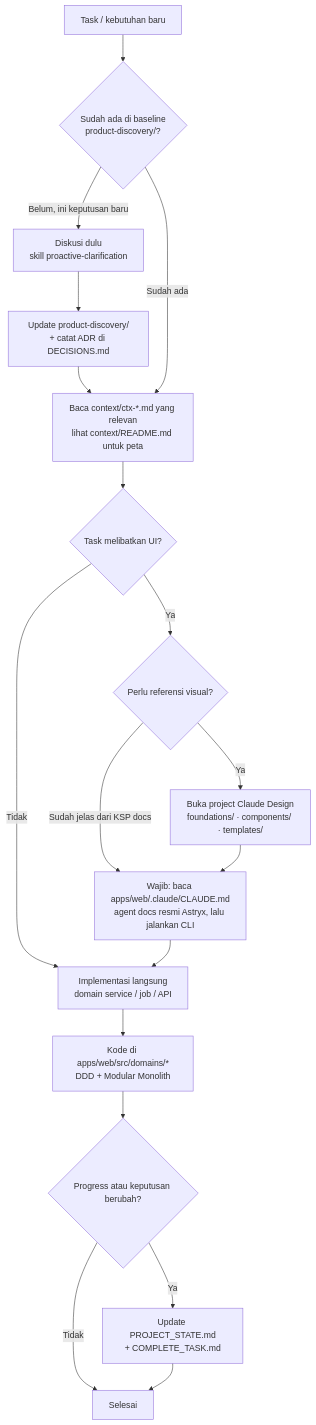
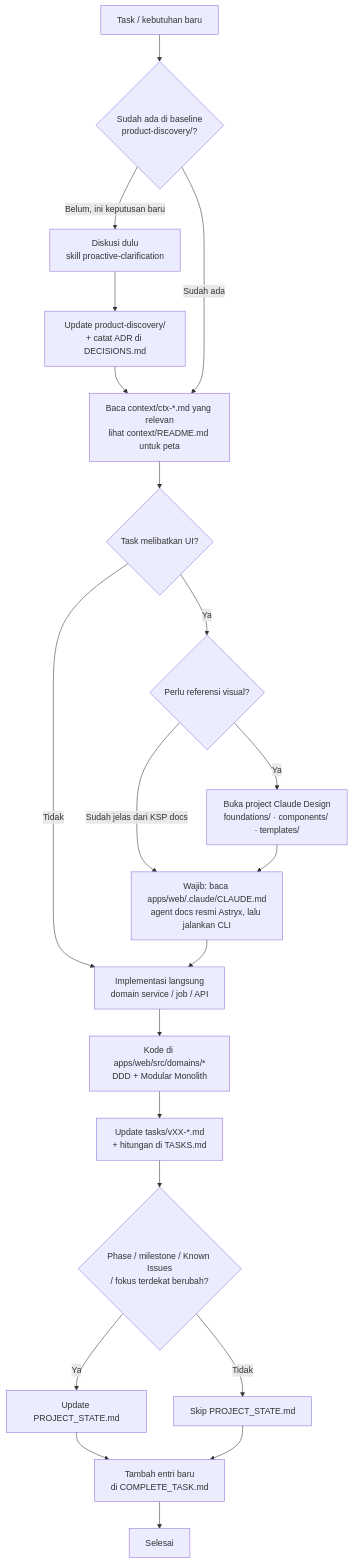
One commit to reziSaktiva/social-media-management changed the first of 3 diagrams in project-manager/DEVELOPER_WORKFLOW.md. Above: the diagram before and after it, drawn with Mermaid. The commit also changed other lines of this file and 13 other files, not shown here.

````diff
--- a/project-manager/DEVELOPER_WORKFLOW.md
+++ b/project-manager/DEVELOPER_WORKFLOW.md
@@ -21,24 +21,27 @@
 ```mermaid
 flowchart TD
   A[Task / kebutuhan baru] --> B{Sudah ada di baseline<br/>product-discovery/?}
 
   B -->|Belum, ini keputusan baru| C[Diskusi dulu<br/>skill proactive-clarification]
   C --> D[Update product-discovery/<br/>+ catat ADR di DECISIONS.md]
   D --> E
   B -->|Sudah ada| E[Baca context/ctx-*.md yang relevan<br/>lihat context/README.md untuk peta]
 
   E --> F{Task melibatkan UI?}
   F -->|Tidak| K[Implementasi langsung<br/>domain service / job / API]
 
   F -->|Ya| G{Perlu referensi visual?}
   G -->|Ya| H[Buka project Claude Design<br/>foundations/ · components/ · templates/]
   G -->|Sudah jelas dari KSP docs| I
   H --> I[Wajib: baca apps/web/.claude/CLAUDE.md<br/>agent docs resmi Astryx, lalu jalankan CLI]
   I --> K
 
   K --> L[Kode di apps/web/src/domains/*<br/>DDD + Modular Monolith]
-  L --> M{Progress atau keputusan berubah?}
-  M -->|Ya| N[Update PROJECT_STATE.md<br/>+ COMPLETE_TASK.md]
-  M -->|Tidak| O[Selesai]
-  N --> O[Selesai]
+  L --> M[Update tasks/vXX-*.md<br/>+ hitungan di TASKS.md]
+  M --> N{Phase / milestone / Known Issues<br/>/ fokus terdekat berubah?}
+  N -->|Ya| P[Update PROJECT_STATE.md]
+  N -->|Tidak| Q[Skip PROJECT_STATE.md]
+  P --> R[Tambah entri baru<br/>di COMPLETE_TASK.md]
+  Q --> R
+  R --> O[Selesai]
 ```
````
